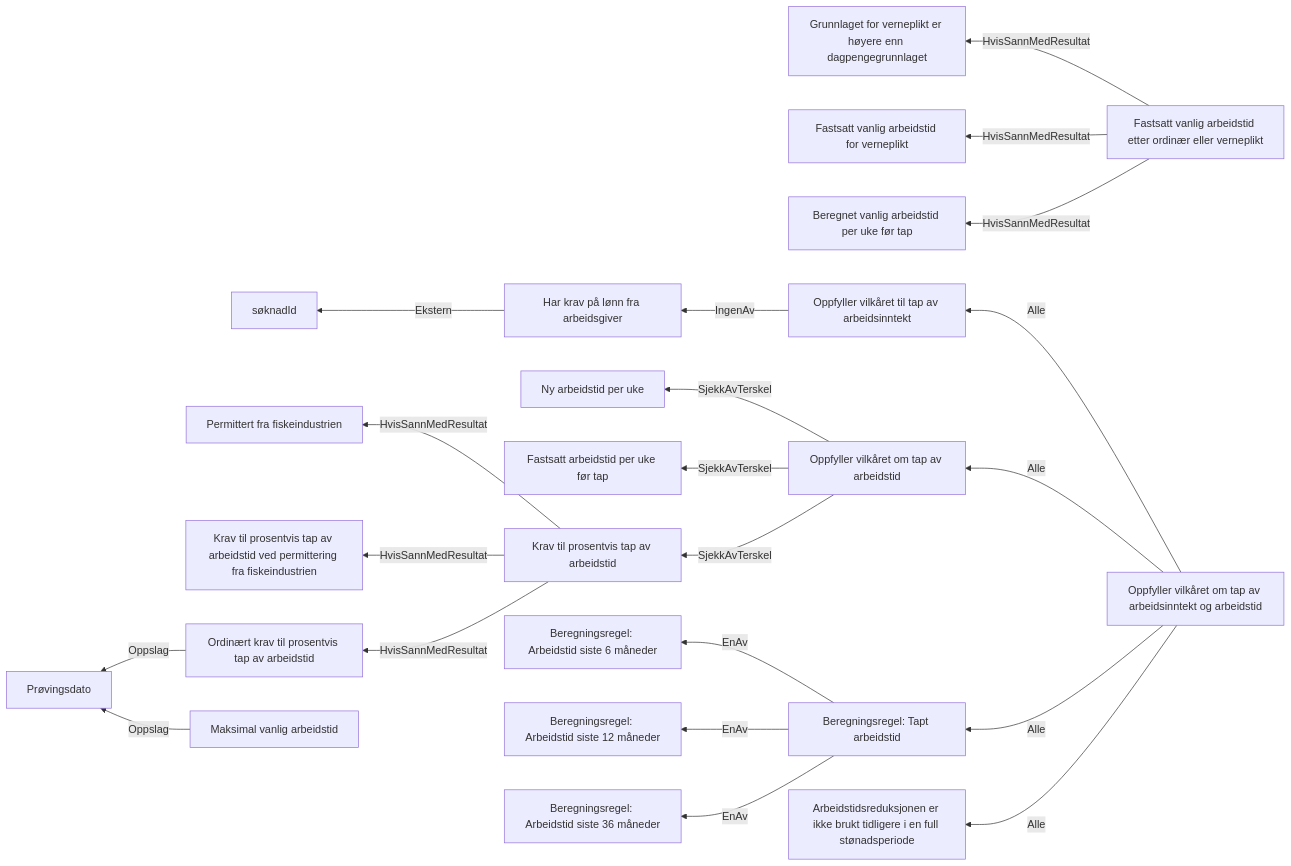
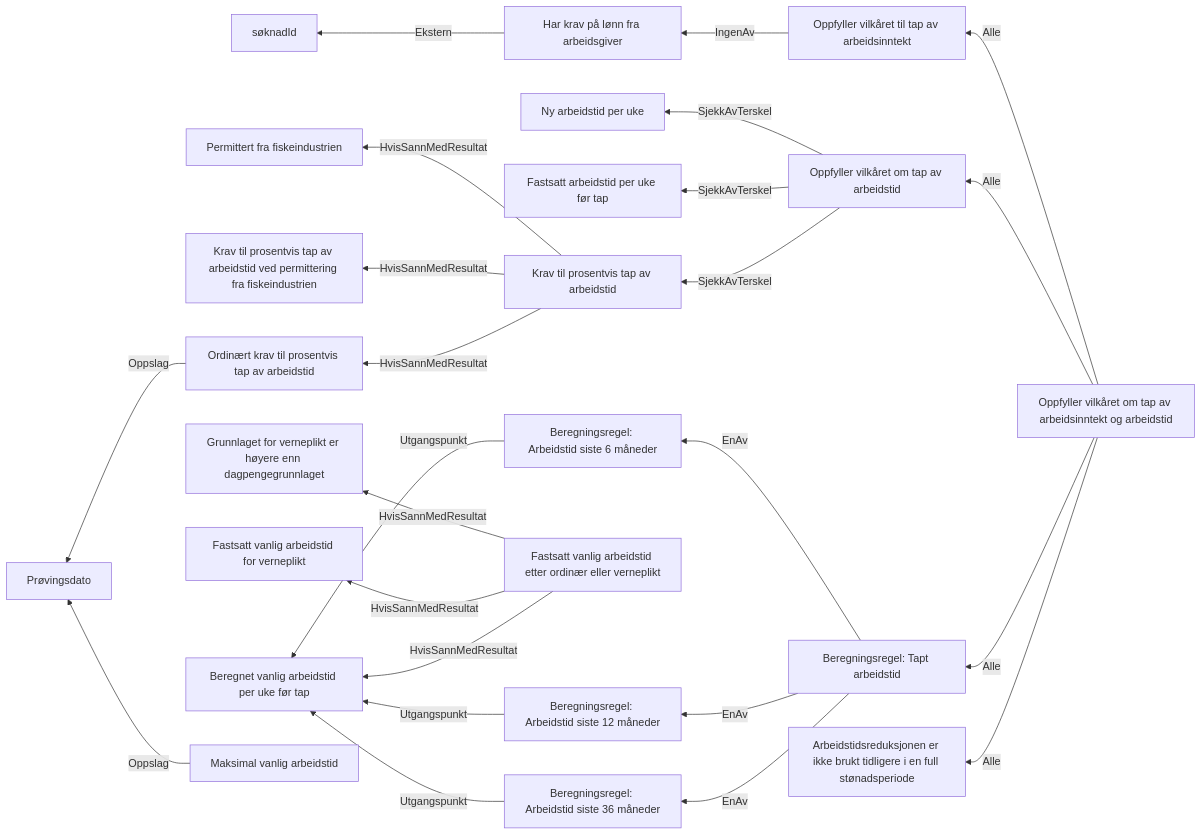
Before and after one commit to navikt/dp-behandling: the diagram in docs/regler/§ 4-3. Tap av arbeidsinntekt og arbeidstid.approved.md, drawn with Mermaid. The commit also changed 75 other files, not shown here.

Commit message:
Koble beregningsregel av FVA til verdien av FVA

````diff
--- a/docs/regler/§ 4-3. Tap av arbeidsinntekt og arbeidstid.approved.md
+++ b/docs/regler/§ 4-3. Tap av arbeidsinntekt og arbeidstid.approved.md
@@ -5,23 +5,26 @@
 ```mermaid
 graph RL
   A["Har krav på lønn fra arbeidsgiver"] -->|"Ekstern"| B["søknadId"]
   C["Oppfyller vilkåret til tap av arbeidsinntekt"] -->|"IngenAv"| A["Har krav på lønn fra arbeidsgiver"]
   D["Ordinært krav til prosentvis tap av arbeidstid"] -->|"Oppslag"| E["Prøvingsdato"]
   F["Krav til prosentvis tap av arbeidstid"] -->|"HvisSannMedResultat"| G["Permittert fra fiskeindustrien"]
   F["Krav til prosentvis tap av arbeidstid"] -->|"HvisSannMedResultat"| H["Krav til prosentvis tap av arbeidstid ved permittering fra fiskeindustrien"]
   F["Krav til prosentvis tap av arbeidstid"] -->|"HvisSannMedResultat"| D["Ordinært krav til prosentvis tap av arbeidstid"]
-  I["Fastsatt vanlig arbeidstid etter ordinær eller verneplikt"] -->|"HvisSannMedResultat"| J["Grunnlaget for verneplikt er høyere enn dagpengegrunnlaget"]
-  I["Fastsatt vanlig arbeidstid etter ordinær eller verneplikt"] -->|"HvisSannMedResultat"| K["Fastsatt vanlig arbeidstid for verneplikt"]
-  I["Fastsatt vanlig arbeidstid etter ordinær eller verneplikt"] -->|"HvisSannMedResultat"| L["Beregnet vanlig arbeidstid per uke før tap"]
-  M["Maksimal vanlig arbeidstid"] -->|"Oppslag"| E["Prøvingsdato"]
-  N["Oppfyller vilkåret om tap av arbeidstid"] -->|"SjekkAvTerskel"| O["Ny arbeidstid per uke"]
-  N["Oppfyller vilkåret om tap av arbeidstid"] -->|"SjekkAvTerskel"| P["Fastsatt arbeidstid per uke før tap"]
-  N["Oppfyller vilkåret om tap av arbeidstid"] -->|"SjekkAvTerskel"| F["Krav til prosentvis tap av arbeidstid"]
-  Q["Beregningsregel: Tapt arbeidstid"] -->|"EnAv"| R["Beregningsregel: Arbeidstid siste 6 måneder"]
-  Q["Beregningsregel: Tapt arbeidstid"] -->|"EnAv"| S["Beregningsregel: Arbeidstid siste 12 måneder"]
-  Q["Beregningsregel: Tapt arbeidstid"] -->|"EnAv"| T["Beregningsregel: Arbeidstid siste 36 måneder"]
+  I["Beregningsregel: Arbeidstid siste 6 måneder"] -->|"Utgangspunkt"| J["Beregnet vanlig arbeidstid per uke før tap"]
+  K["Beregningsregel: Arbeidstid siste 12 måneder"] -->|"Utgangspunkt"| J["Beregnet vanlig arbeidstid per uke før tap"]
+  L["Beregningsregel: Arbeidstid siste 36 måneder"] -->|"Utgangspunkt"| J["Beregnet vanlig arbeidstid per uke før tap"]
+  M["Fastsatt vanlig arbeidstid etter ordinær eller verneplikt"] -->|"HvisSannMedResultat"| N["Grunnlaget for verneplikt er høyere enn dagpengegrunnlaget"]
+  M["Fastsatt vanlig arbeidstid etter ordinær eller verneplikt"] -->|"HvisSannMedResultat"| O["Fastsatt vanlig arbeidstid for verneplikt"]
+  M["Fastsatt vanlig arbeidstid etter ordinær eller verneplikt"] -->|"HvisSannMedResultat"| J["Beregnet vanlig arbeidstid per uke før tap"]
+  P["Maksimal vanlig arbeidstid"] -->|"Oppslag"| E["Prøvingsdato"]
+  Q["Oppfyller vilkåret om tap av arbeidstid"] -->|"SjekkAvTerskel"| R["Ny arbeidstid per uke"]
+  Q["Oppfyller vilkåret om tap av arbeidstid"] -->|"SjekkAvTerskel"| S["Fastsatt arbeidstid per uke før tap"]
+  Q["Oppfyller vilkåret om tap av arbeidstid"] -->|"SjekkAvTerskel"| F["Krav til prosentvis tap av arbeidstid"]
+  T["Beregningsregel: Tapt arbeidstid"] -->|"EnAv"| I["Beregningsregel: Arbeidstid siste 6 måneder"]
+  T["Beregningsregel: Tapt arbeidstid"] -->|"EnAv"| K["Beregningsregel: Arbeidstid siste 12 måneder"]
+  T["Beregningsregel: Tapt arbeidstid"] -->|"EnAv"| L["Beregningsregel: Arbeidstid siste 36 måneder"]
   U["Oppfyller vilkåret om tap av arbeidsinntekt og arbeidstid"] -->|"Alle"| C["Oppfyller vilkåret til tap av arbeidsinntekt"]
-  U["Oppfyller vilkåret om tap av arbeidsinntekt og arbeidstid"] -->|"Alle"| N["Oppfyller vilkåret om tap av arbeidstid"]
-  U["Oppfyller vilkåret om tap av arbeidsinntekt og arbeidstid"] -->|"Alle"| Q["Beregningsregel: Tapt arbeidstid"]
+  U["Oppfyller vilkåret om tap av arbeidsinntekt og arbeidstid"] -->|"Alle"| Q["Oppfyller vilkåret om tap av arbeidstid"]
+  U["Oppfyller vilkåret om tap av arbeidsinntekt og arbeidstid"] -->|"Alle"| T["Beregningsregel: Tapt arbeidstid"]
   U["Oppfyller vilkåret om tap av arbeidsinntekt og arbeidstid"] -->|"Alle"| V["Arbeidstidsreduksjonen er ikke brukt tidligere i en full stønadsperiode"]
 ```
````
